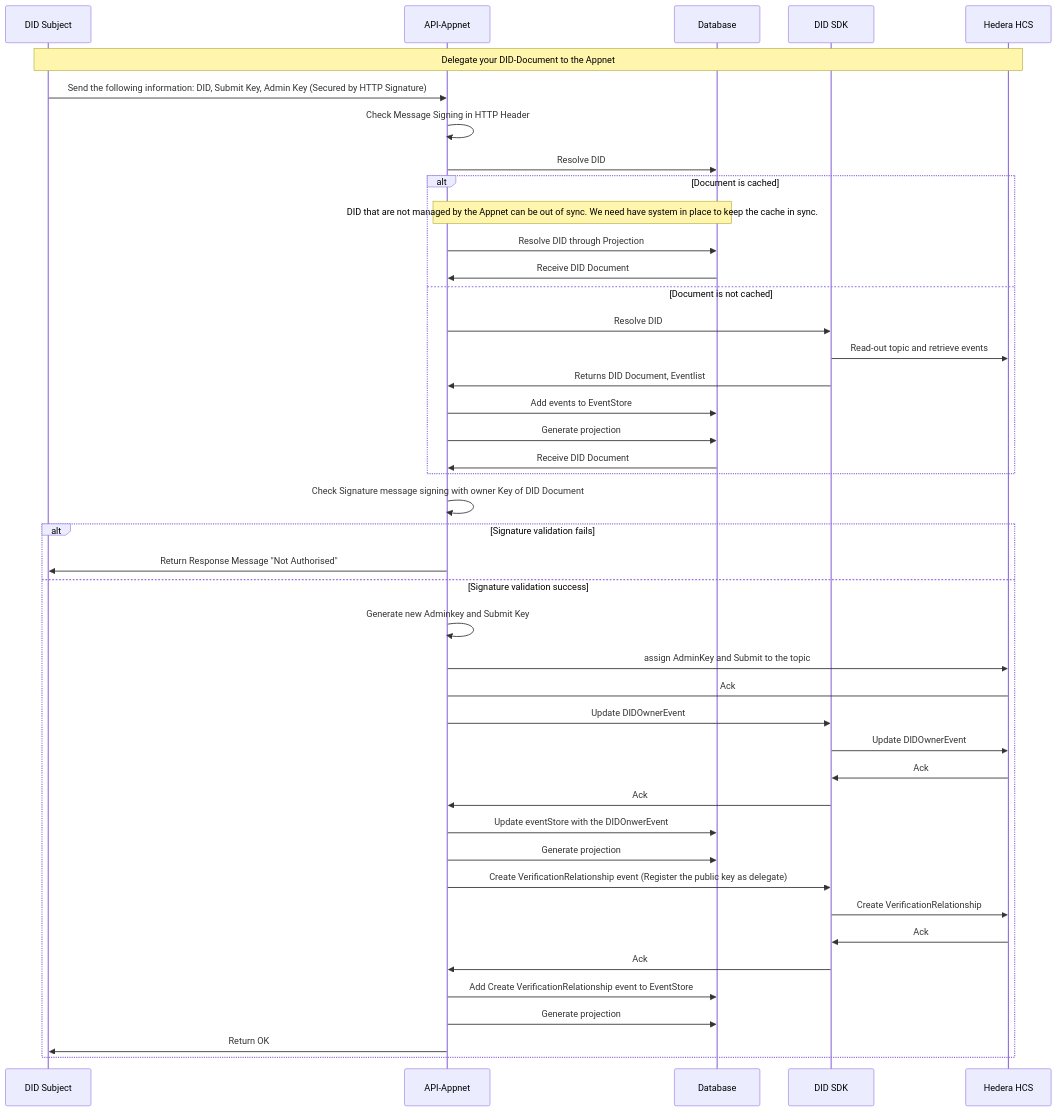
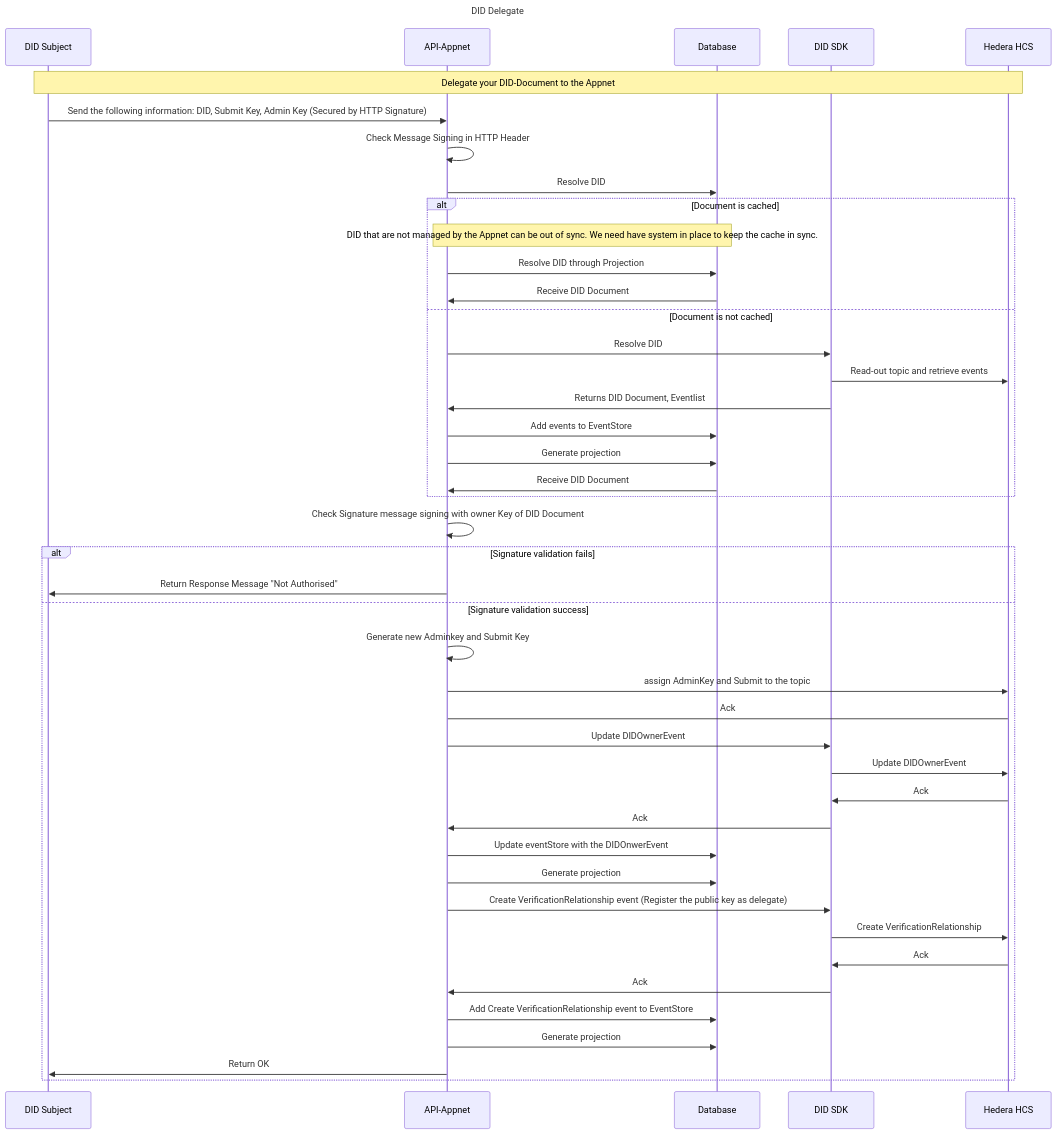
The diagram in documentation/diagrams/did-delegate.mmd (Meeco/hedera-did-identity-network), drawn with Mermaid before and after one commit. The commit also changed 8 other files, not shown here.

Commit message:
style: Add titles to the diagrams.

```diff
--- a/documentation/diagrams/did-delegate.mmd
+++ b/documentation/diagrams/did-delegate.mmd
@@ -1,46 +1,47 @@
 sequenceDiagram
+Title: DID Delegate
 
 participant Subject as DID Subject
 participant API as API-Appnet
 participant Database as Database
 participant DIDSDK as DID SDK
 participant HCS as Hedera HCS
 
 
 note over Subject,HCS: Delegate your DID-Document to the Appnet
 Subject ->> API: Send the following information: DID, Submit Key, Admin Key (Secured by HTTP Signature)
 API ->> API: Check Message Signing in HTTP Header
 API ->> Database: Resolve DID
 alt Document is cached
 note over API,Database: DID that are not managed by the Appnet can be out of sync. We need have system in place to keep the cache in sync.
 API ->> Database: Resolve DID through Projection
 Database ->> API: Receive DID Document
 else Document is not cached
 API ->> DIDSDK:  Resolve DID
 DIDSDK ->> HCS:  Read-out topic and retrieve events
 DIDSDK ->> API: Returns DID Document, Eventlist
 API ->> Database: Add events to EventStore
 API ->> Database: Generate projection
 Database ->> API: Receive DID Document
 end
 API ->> API: Check Signature message signing with owner Key of DID Document
 alt Signature validation fails
 API ->> Subject: Return Response Message "Not Authorised"
 else Signature validation success
 API ->> API: Generate new Adminkey and Submit Key
 API ->> HCS: assign AdminKey and Submit to the topic
 HCS -> API: Ack
 API ->> DIDSDK: Update DIDOwnerEvent
 DIDSDK ->> HCS: Update DIDOwnerEvent
 HCS ->> DIDSDK: Ack
 DIDSDK ->> API: Ack
 API ->> Database: Update eventStore with the DIDOnwerEvent
 API ->> Database: Generate projection
 API ->> DIDSDK: Create VerificationRelationship event (Register the public key as delegate)
 DIDSDK ->> HCS: Create VerificationRelationship
 HCS ->> DIDSDK: Ack
 DIDSDK ->> API: Ack
 API ->> Database: Add Create VerificationRelationship event to EventStore
 API ->> Database: Generate projection
 API ->> Subject: Return OK
 end
```
